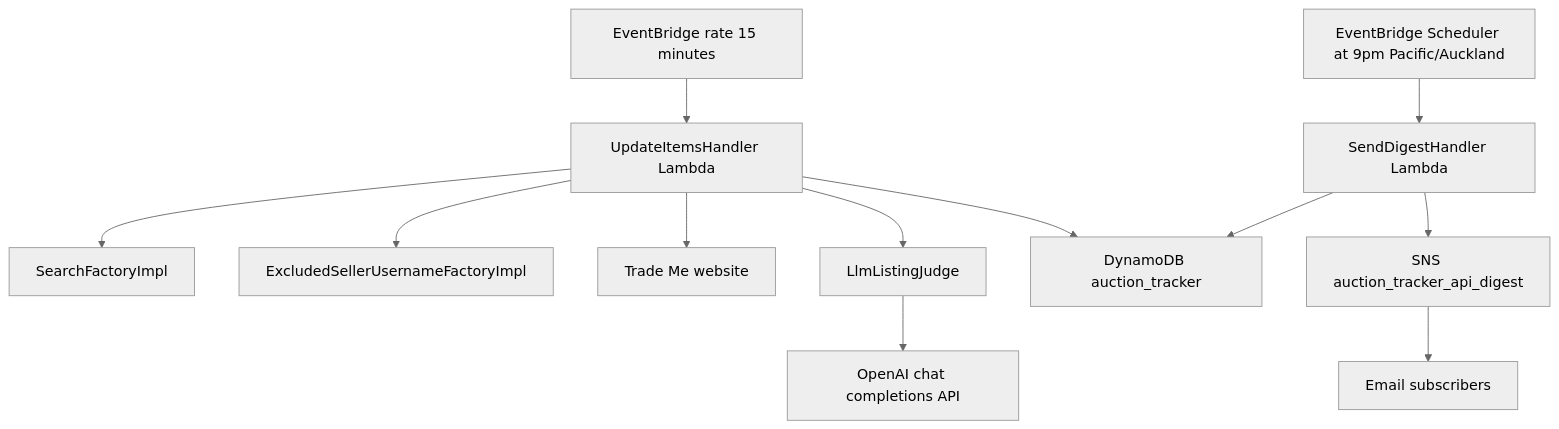
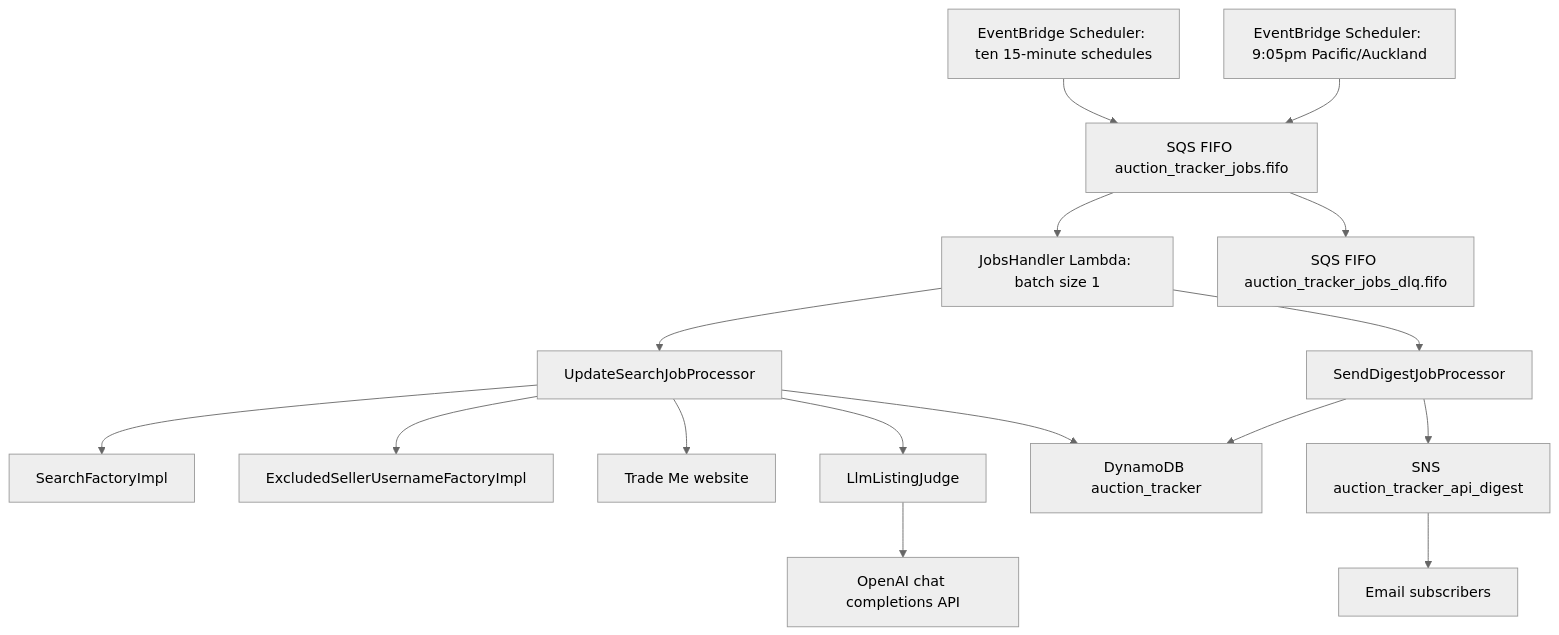
One commit to jordansimsmith/jordansimsmith-com changed the first of 2 diagrams in auction_tracker_api/README.md. Above: the diagram before and after it, drawn with Mermaid (neutral theme). The commit also changed other lines of this file and 20 other files, not shown here.

Commit message:
Adopt FIFO queue model for auction tracker

````diff
--- a/auction_tracker_api/README.md
+++ b/auction_tracker_api/README.md
@@ -54,14 +58,18 @@
 ```mermaid
 flowchart TD
-  updateSchedule[EventBridge rate 15 minutes] --> updateHandler[UpdateItemsHandler Lambda]
-  updateHandler --> searchFactory[SearchFactoryImpl]
-  updateHandler --> excludedSellers[ExcludedSellerUsernameFactoryImpl]
-  updateHandler --> tradeMe[Trade Me website]
-  updateHandler --> listingJudge[LlmListingJudge]
+  updateSchedules[EventBridge Scheduler: ten 15-minute schedules] --> jobsQueue[SQS FIFO auction_tracker_jobs.fifo]
+  digestSchedule[EventBridge Scheduler: 9:05pm Pacific/Auckland] --> jobsQueue
+  jobsQueue --> jobsHandler[JobsHandler Lambda: batch size 1]
+  jobsHandler --> searchProcessor[UpdateSearchJobProcessor]
+  jobsHandler --> digestProcessor[SendDigestJobProcessor]
+  searchProcessor --> searchFactory[SearchFactoryImpl]
+  searchProcessor --> excludedSellers[ExcludedSellerUsernameFactoryImpl]
+  searchProcessor --> tradeMe[Trade Me website]
+  searchProcessor --> listingJudge[LlmListingJudge]
   listingJudge --> openAi[OpenAI chat completions API]
-  updateHandler --> auctionTable[DynamoDB auction_tracker]
-  digestSchedule[EventBridge Scheduler at 9pm Pacific/Auckland] --> digestHandler[SendDigestHandler Lambda]
-  digestHandler --> auctionTable
-  digestHandler --> digestTopic[SNS auction_tracker_api_digest]
+  searchProcessor --> auctionTable[DynamoDB auction_tracker]
+  digestProcessor --> auctionTable
+  digestProcessor --> digestTopic[SNS auction_tracker_api_digest]
   digestTopic --> subscribers[Email subscribers]
+  jobsQueue --> jobsDlq[SQS FIFO auction_tracker_jobs_dlq.fifo]
 ```
````
